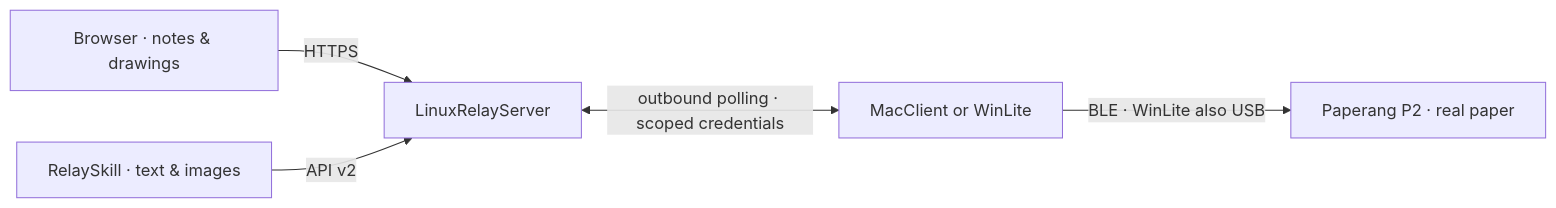
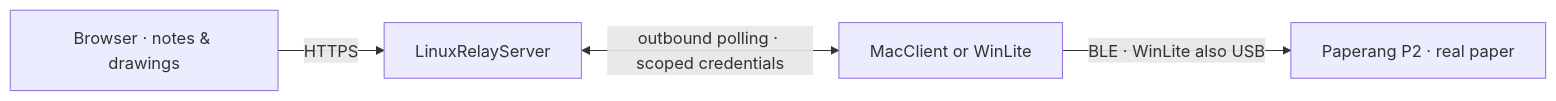
The diagram in README.md (ELT17604/Paperang-Studio), drawn with Mermaid before and after one commit. The commit also changed other lines of this file and 66 other files, not shown here.

````diff
--- a/README.md
+++ b/README.md
@@ -37,7 +34,6 @@
 ```mermaid
 flowchart LR
     Browser["Browser · notes & drawings"] -->|HTTPS| Relay["LinuxRelayServer"]
-    Skill["RelaySkill · text & images"] -->|API v2| Relay
     Relay <-->|"outbound polling · scoped credentials"| Receiver["MacClient or WinLite"]
     Receiver -->|"BLE · WinLite also USB"| P2["Paperang P2 · real paper"]
 ```
````
